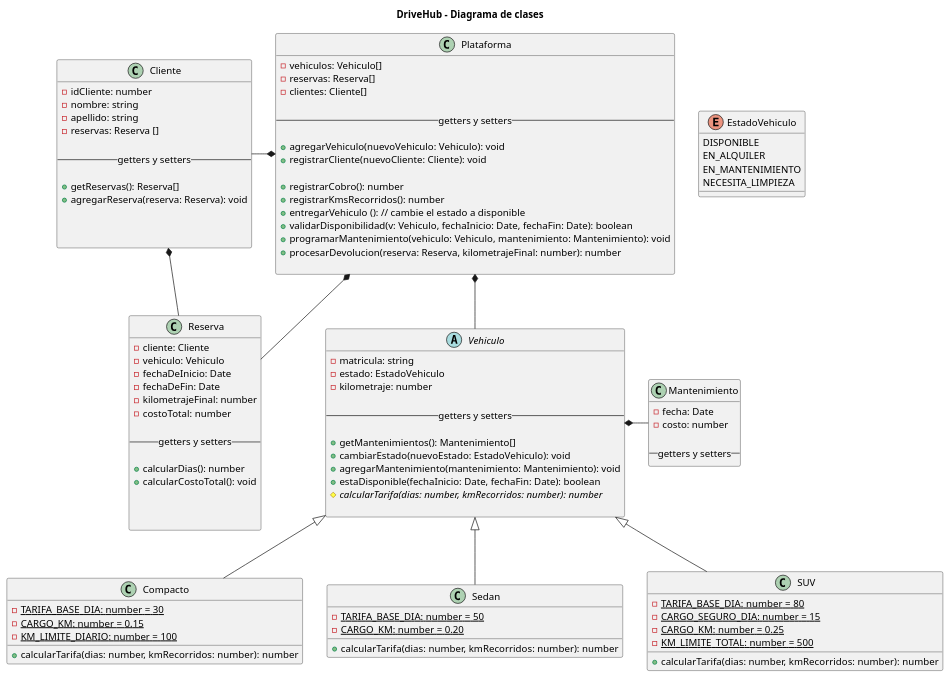
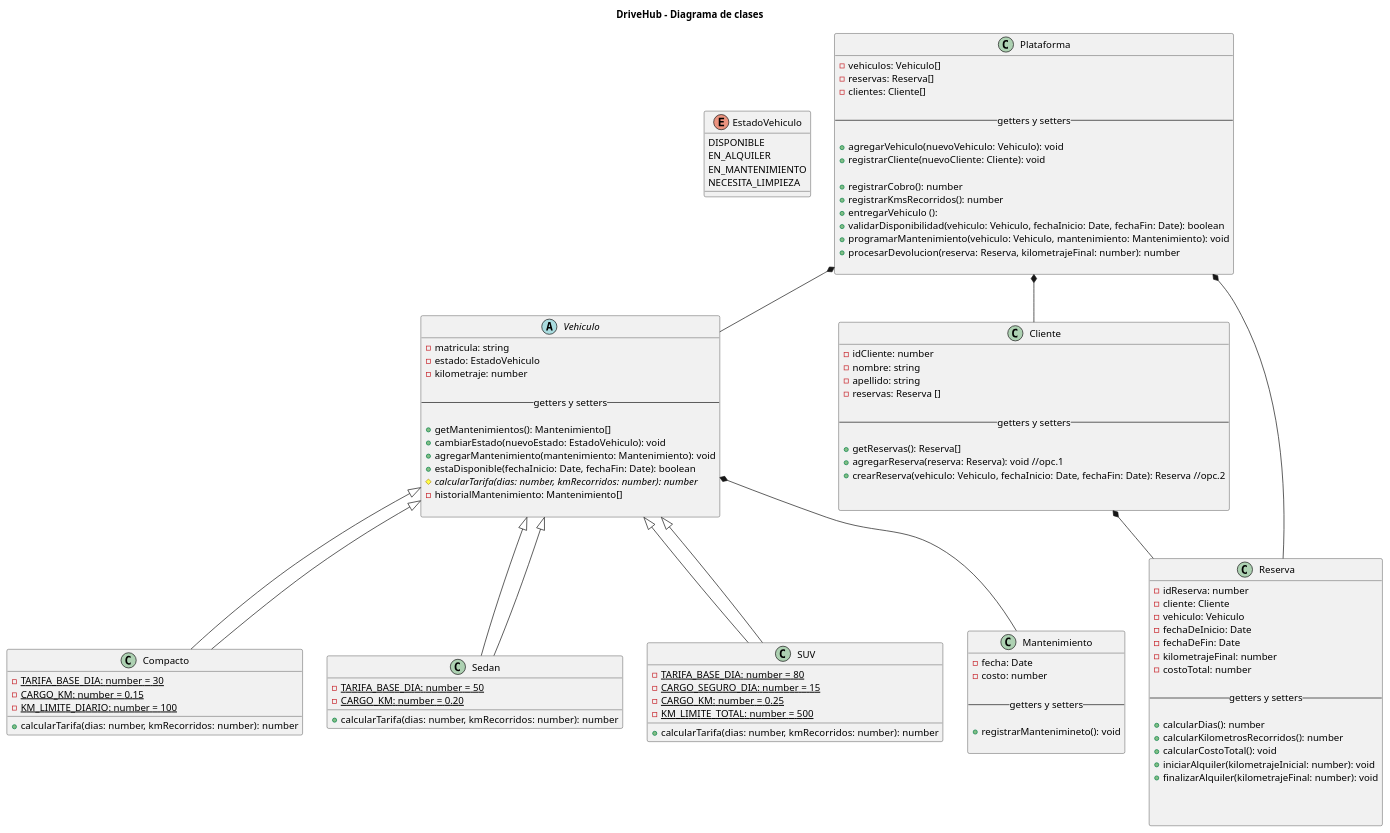
Before and after one commit to martingustavolopez/PROGRAMACION-II-CUVL: the diagram in diagramas/diagrama.puml, drawn with PlantUML.

Commit message:
cambios varios

```diff
--- a/diagramas/diagrama.puml
+++ b/diagramas/diagrama.puml
@@ -1,133 +1,151 @@
 @startuml
 
 title DriveHub - Diagrama de clases
 
 ' Enumeracion de estado vehiculo
 enum EstadoVehiculo {
     DISPONIBLE
     EN_ALQUILER
     EN_MANTENIMIENTO
     NECESITA_LIMPIEZA
 }
 
 abstract class Vehiculo {
     - matricula: string
     - estado: EstadoVehiculo
     - kilometraje: number
     
     -- getters y setters --
 
     + getMantenimientos(): Mantenimiento[]
     + cambiarEstado(nuevoEstado: EstadoVehiculo): void
     + agregarMantenimiento(mantenimiento: Mantenimiento): void
     + estaDisponible(fechaInicio: Date, fechaFin: Date): boolean
     # {abstract} calcularTarifa(dias: number, kmRecorridos: number): number
+    - historialMantenimiento: Mantenimiento[]
     
 }
 
 class Compacto extends Vehiculo {
     - {static} TARIFA_BASE_DIA: number = 30
     - {static} CARGO_KM: number = 0.15
     - {static} KM_LIMITE_DIARIO: number = 100 
 
     + calcularTarifa(dias: number, kmRecorridos: number): number        
 }
 
 class Sedan extends Vehiculo {
     - {static} TARIFA_BASE_DIA: number = 50
     - {static} CARGO_KM: number = 0.20
 
     + calcularTarifa(dias: number, kmRecorridos: number): number
 }
 
 
 class SUV extends Vehiculo {
     - {static} TARIFA_BASE_DIA: number = 80
     - {static} CARGO_SEGURO_DIA: number = 15
     - {static} CARGO_KM: number = 0.25
     - {static} KM_LIMITE_TOTAL: number = 500
 
     + calcularTarifa(dias: number, kmRecorridos: number): number
 }
 
 
 class Cliente {
     - idCliente: number
     - nombre: string
     - apellido: string
     - reservas: Reserva []
 
     -- getters y setters --
 
     + getReservas(): Reserva[]
-    + agregarReserva(reserva: Reserva): void
-
+    + agregarReserva(reserva: Reserva): void //opc.1
+    + crearReserva(vehiculo: Vehiculo, fechaInicio: Date, fechaFin: Date): Reserva //opc.2
 
 
 }
 
 class Reserva {
+    - idReserva: number
     - cliente: Cliente
     - vehiculo: Vehiculo
     - fechaDeInicio: Date
     - fechaDeFin: Date
     - kilometrajeFinal: number
     - costoTotal: number
 
     -- getters y setters --
 
     + calcularDias(): number
-'    + calcularKilometrosRecorridos(): number
+    + calcularKilometrosRecorridos(): number
     + calcularCostoTotal(): void
+    + iniciarAlquiler(kilometrajeInicial: number): void
+    + finalizarAlquiler(kilometrajeFinal: number): void
 
 
 
 }
 
 class Mantenimiento {
     - fecha: Date
     - costo: number
     
     -- getters y setters --
+
+    + registrarMantenimineto(): void
+
 }
 
 class Plataforma {
     - vehiculos: Vehiculo[]
     - reservas: Reserva[]
     - clientes: Cliente[]
 
     -- getters y setters --
 
     + agregarVehiculo(nuevoVehiculo: Vehiculo): void
     + registrarCliente(nuevoCliente: Cliente): void
 
     + registrarCobro(): number
     + registrarKmsRecorridos(): number
-    + entregarVehiculo (): // cambie el estado a disponible
-    + validarDisponibilidad(v: Vehiculo, fechaInicio: Date, fechaFin: Date): boolean
+    + entregarVehiculo ():
+    + validarDisponibilidad(vehiculo: Vehiculo, fechaInicio: Date, fechaFin: Date): boolean
     + programarMantenimiento(vehiculo: Vehiculo, mantenimiento: Mantenimiento): void
     + procesarDevolucion(reserva: Reserva, kilometrajeFinal: number): number
 
 }
 
+
+
+' Relaciones de herencia
+Vehiculo <|-- Compacto
+Vehiculo <|-- Sedan
+Vehiculo <|-- SUV
+
 ' Relaciones de composición
-Vehiculo *-r- Mantenimiento
-Cliente *-d- Reserva
+Vehiculo *-- Mantenimiento
+Cliente *-- Reserva
+Plataforma *-- Vehiculo
+Plataforma *-- Cliente
+Plataforma *-- Reserva
 
-Plataforma *-- Vehiculo
-Plataforma *-- Reserva
-Plataforma *-l- Cliente
+' Relaciones de asociación
+
+' Relaciones de uso
+
 
 
 
 
 
 
 
 
 
 ' Notas
 
 
 
 @enduml
```
